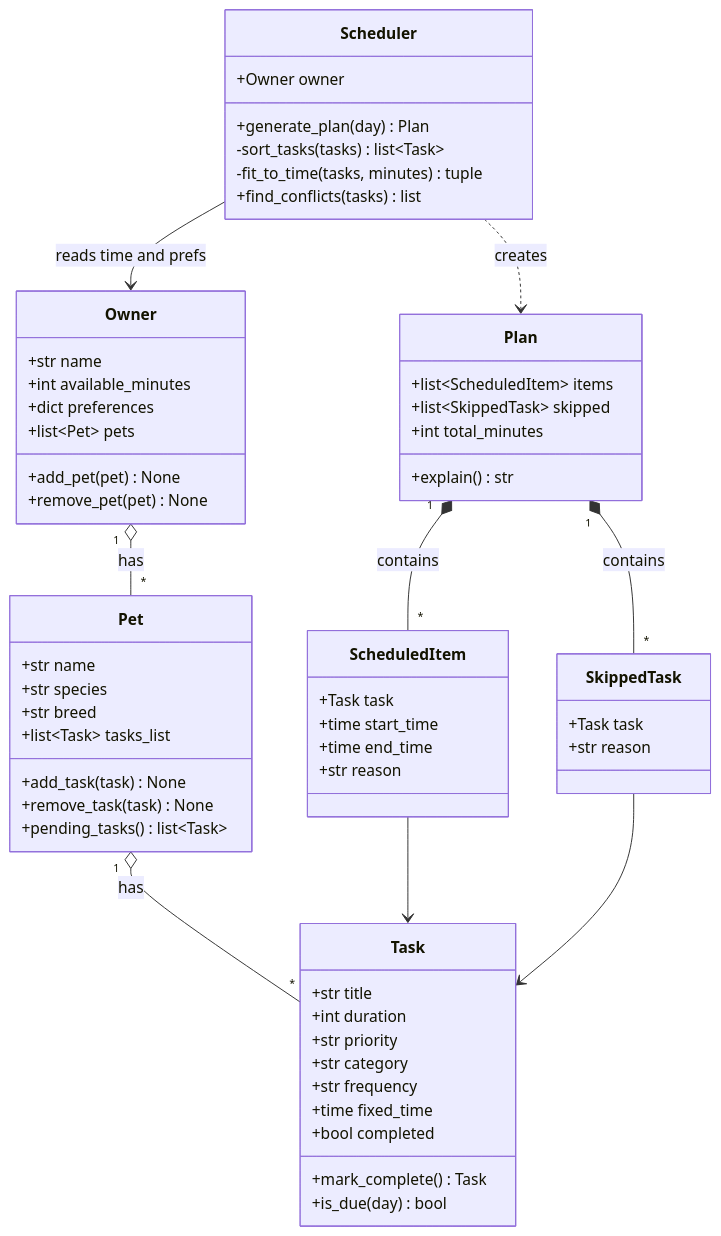
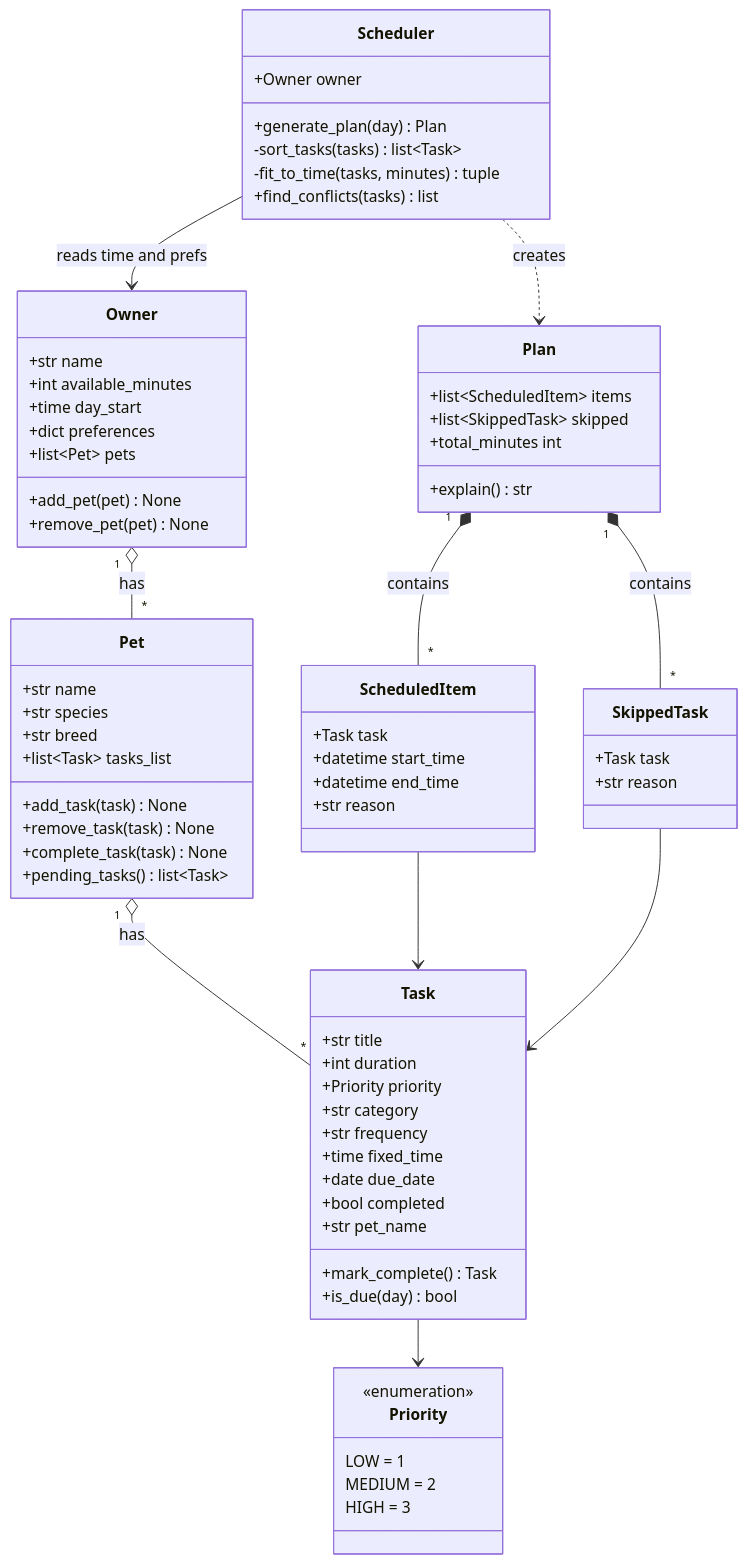
The diagram in diagrams/uml.mmd (pelumiolutimehin/ai110-module2show-pawpal-starter), drawn with Mermaid before and after one commit. The commit also changed 2 other files, not shown here.

Commit message:
refactor: revise class design with Priority enum and richer Task fields
- Add Priority IntEnum replacing string priorities
- Task: add due_date and pet_name, use identity equality
- Pet: add complete_task; Owner: add day_start
- ScheduledItem uses datetime; Plan.total_minutes is now a property
- Update UML to v2 and document initial design and changes in reflection

```diff
--- a/diagrams/uml.mmd
+++ b/diagrams/uml.mmd
@@ -1,69 +1,81 @@
 classDiagram
-    %% Draft v1 - keep updated so it matches the final implementation.
+    %% Draft v2 - keep updated so it matches the final implementation.
+
+    class Priority {
+        <<enumeration>>
+        LOW = 1
+        MEDIUM = 2
+        HIGH = 3
+    }
 
     class Owner {
         +str name
         +int available_minutes
+        +time day_start
         +dict preferences
         +list~Pet~ pets
         +add_pet(pet) None
         +remove_pet(pet) None
     }
 
     class Pet {
         +str name
         +str species
         +str breed
         +list~Task~ tasks_list
         +add_task(task) None
         +remove_task(task) None
+        +complete_task(task) None
         +pending_tasks() list~Task~
     }
 
     class Task {
         +str title
         +int duration
-        +str priority
+        +Priority priority
         +str category
         +str frequency
         +time fixed_time
+        +date due_date
         +bool completed
+        +str pet_name
         +mark_complete() Task
         +is_due(day) bool
     }
 
     class Scheduler {
         +Owner owner
         +generate_plan(day) Plan
         -sort_tasks(tasks) list~Task~
         -fit_to_time(tasks, minutes) tuple
         +find_conflicts(tasks) list
     }
 
     class Plan {
         +list~ScheduledItem~ items
         +list~SkippedTask~ skipped
-        +int total_minutes
+        +total_minutes int
         +explain() str
     }
 
     class ScheduledItem {
         +Task task
-        +time start_time
-        +time end_time
+        +datetime start_time
+        +datetime end_time
         +str reason
     }
 
     class SkippedTask {
         +Task task
         +str reason
     }
 
     Owner "1" o-- "*" Pet : has
     Pet "1" o-- "*" Task : has
+    Task --> Priority
     Scheduler --> Owner : reads time and prefs
     Scheduler ..> Plan : creates
     Plan "1" *-- "*" ScheduledItem : contains
     Plan "1" *-- "*" SkippedTask : contains
     ScheduledItem --> Task
     SkippedTask --> Task
```
